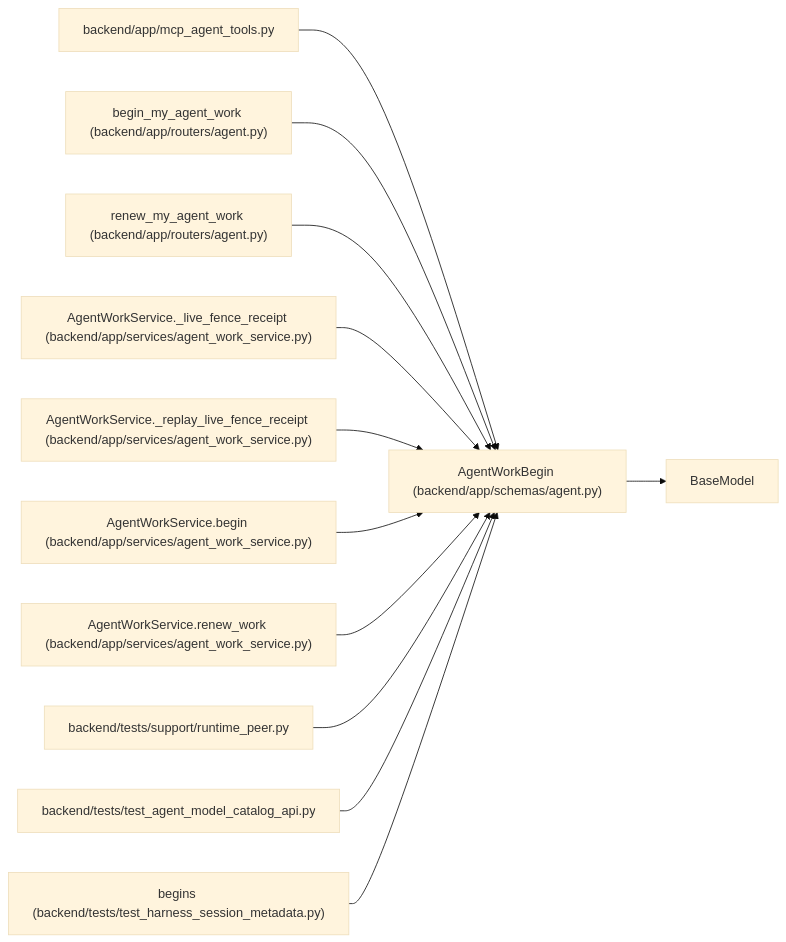
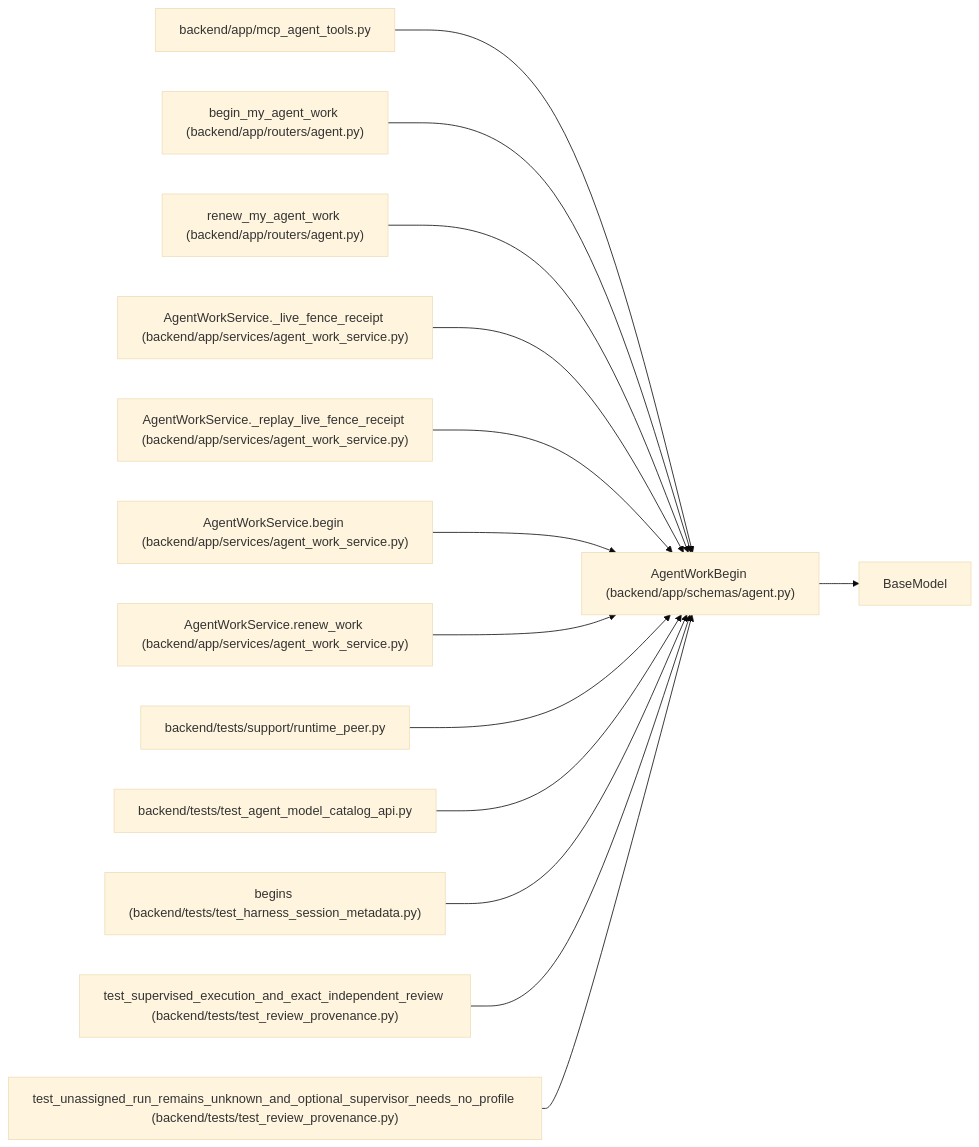
The diagram in docs/llm_wiki/entities/AgentWorkBegin.md (Denissvgn/WorkChord), drawn with Mermaid (base theme) before and after one commit. The commit also changed other lines of this file and 2373 other files, not shown here.

````diff
--- a/docs/llm_wiki/entities/AgentWorkBegin.md
+++ b/docs/llm_wiki/entities/AgentWorkBegin.md
@@ -45,37 +48,43 @@
 ```mermaid
 flowchart LR
     n0["AgentWorkBegin (backend/app/schemas/agent.py)"]
     n1["BaseModel"]
     n2["backend/app/mcp_agent_tools.py"]
     n3["begin_my_agent_work (backend/app/routers/agent.py)"]
     n4["renew_my_agent_work (backend/app/routers/agent.py)"]
     n5["AgentWorkService._live_fence_receipt (backend/app/services/agent_work_service.py)"]
     n6["AgentWorkService._replay_live_fence_receipt (backend/app/services/agent_work_service.py)"]
     n7["AgentWorkService.begin (backend/app/services/agent_work_service.py)"]
     n8["AgentWorkService.renew_work (backend/app/services/agent_work_service.py)"]
     n9["backend/tests/support/runtime_peer.py"]
     n10["backend/tests/test_agent_model_catalog_api.py"]
     n11["begins (backend/tests/test_harness_session_metadata.py)"]
+    n12["test_supervised_execution_and_exact_independent_review (backend/tests/test_review_provenance.py)"]
+    n13["test_unassigned_run_remains_unknown_and_optional_supervisor_needs_no_profile (backend/tests/test_review_provenance.py)"]
     n0 --> n1
     n2 --> n0
     n3 --> n0
     n4 --> n0
     n5 --> n0
     n6 --> n0
     n7 --> n0
     n8 --> n0
     n9 --> n0
     n10 --> n0
     n11 --> n0
+    n12 --> n0
+    n13 --> n0
     click n0 "../modules/schemas_agent.md"
     click n2 "../modules/mcp_agent_tools.md"
     click n3 "../modules/routers_agent.md"
     click n4 "../modules/routers_agent.md"
     click n5 "../modules/agent_work_service.md"
     click n6 "../modules/agent_work_service.md"
     click n7 "../modules/agent_work_service.md"
     click n8 "../modules/agent_work_service.md"
     click n9 "../modules/runtime_peer.md"
     click n10 "../modules/test_agent_model_catalog_api.md"
     click n11 "../modules/test_harness_session_metadata.md"
+    click n12 "../modules/test_review_provenance.md"
+    click n13 "../modules/test_review_provenance.md"
 ```
````
